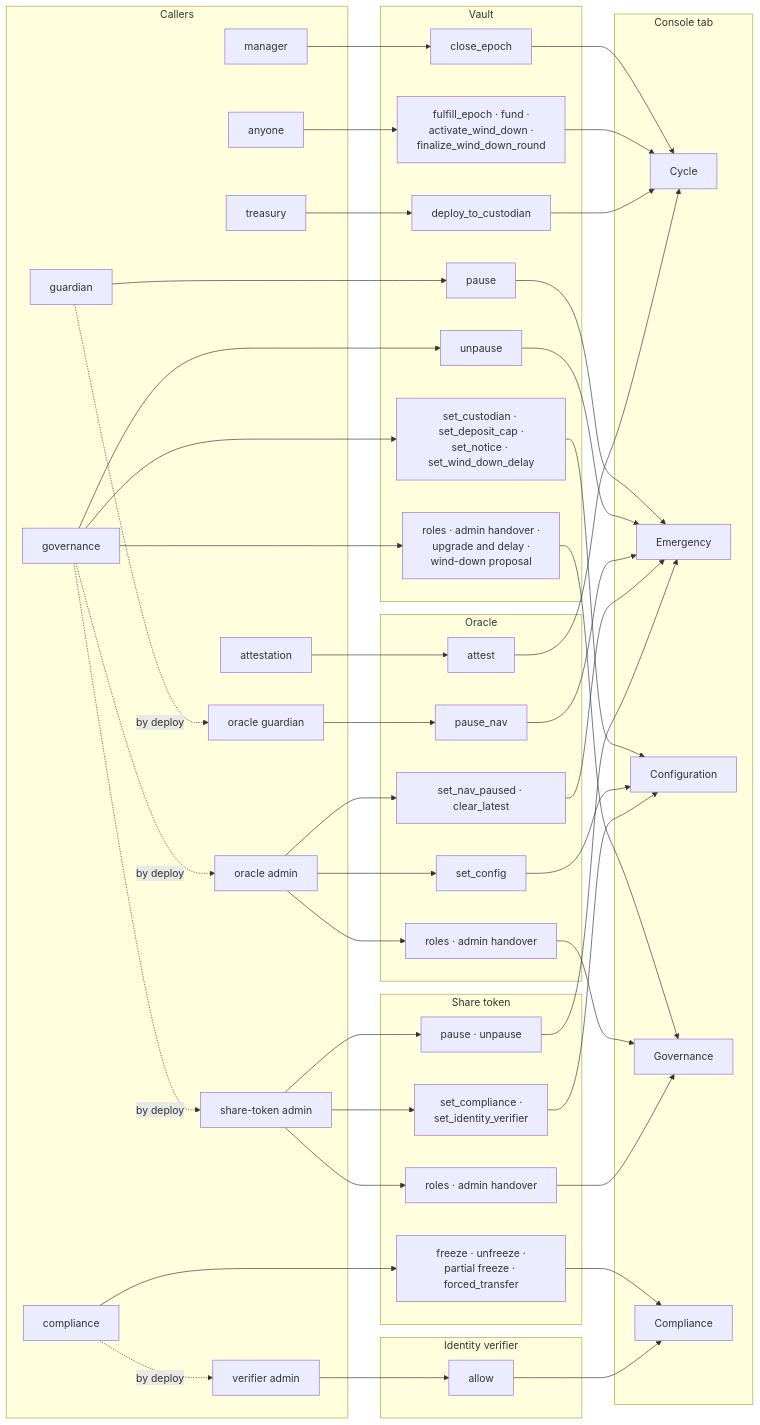
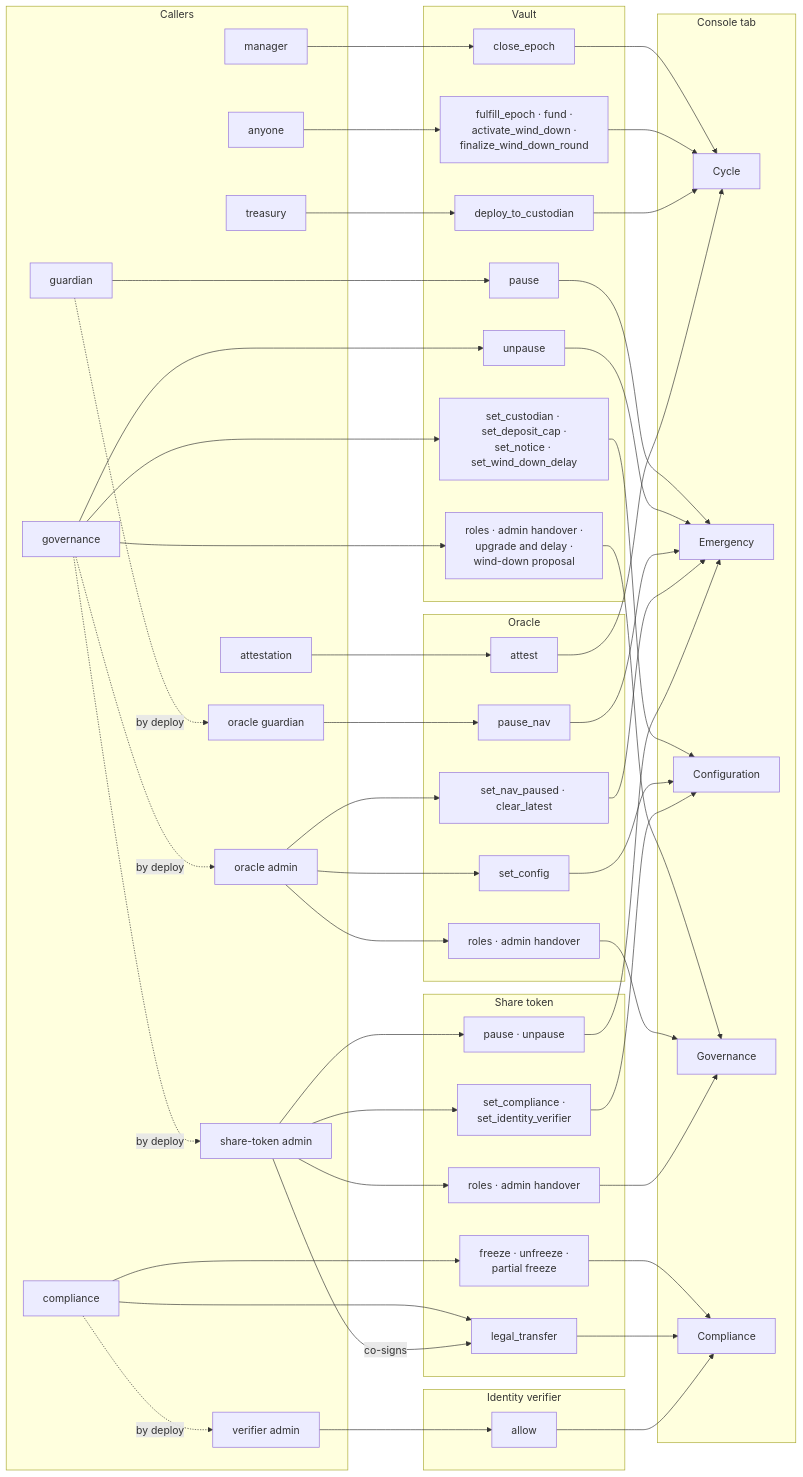
The fifth of 5 diagrams in docs/strata-product-and-architecture.md (BootNodeDev/strata-vault-kit), drawn with Mermaid before and after one commit. The commit also changed other lines of this file and 5 other files, not shown here.

Commit message:
docs: describe the co-signed legal transfer

````diff
--- a/docs/strata-product-and-architecture.md
+++ b/docs/strata-product-and-architecture.md
@@ -502,75 +507,78 @@
 ```mermaid
 flowchart LR
     subgraph AUTH["Callers"]
         GOV[governance]
         MAN[manager]
         TRE[treasury]
         ATT[attestation]
         GRD[guardian]
         CMP[compliance]
         ANY[anyone]
         OADM[oracle admin]
         OGRD[oracle guardian]
         TADM[share-token admin]
         VADM[verifier admin]
     end
 
     subgraph VAULT["Vault"]
         VSEAL[close_epoch]
         VOPEN[fulfill_epoch · fund ·<br/>activate_wind_down ·<br/>finalize_wind_down_round]
         VDEP[deploy_to_custodian]
         VPAUSE[pause]
         VUNP[unpause]
         VSET[set_custodian · set_deposit_cap ·<br/>set_notice · set_wind_down_delay]
         VGOV[roles · admin handover ·<br/>upgrade and delay ·<br/>wind-down proposal]
     end
 
     subgraph ORACLE["Oracle"]
         OATT[attest]
         ORAISE[pause_nav]
         OSET[set_nav_paused · clear_latest]
         OCFG[set_config]
         OGOV[roles · admin handover]
     end
 
     subgraph TOKEN["Share token"]
         TPAUSE[pause · unpause]
         TCFG[set_compliance ·<br/>set_identity_verifier]
         TGOV[roles · admin handover]
-        TCMP[freeze · unfreeze ·<br/>partial freeze · forced_transfer]
+        TCMP[freeze · unfreeze ·<br/>partial freeze]
+        TLEG[legal_transfer]
     end
 
     subgraph VERIFIER["Identity verifier"]
         VALLOW[allow]
     end
 
     subgraph TABS["Console tab"]
         CYC[Cycle]
         EMG[Emergency]
         CFG[Configuration]
         GVN[Governance]
         CPL[Compliance]
     end
 
     MAN --> VSEAL --> CYC
     ANY --> VOPEN --> CYC
     TRE --> VDEP --> CYC
     ATT --> OATT --> CYC
     GRD --> VPAUSE --> EMG
     GOV --> VUNP --> EMG
     OGRD --> ORAISE --> EMG
     OADM --> OSET --> EMG
     TADM --> TPAUSE --> EMG
     GOV --> VSET --> CFG
     OADM --> OCFG --> CFG
     TADM --> TCFG --> CFG
     GOV --> VGOV --> GVN
     OADM --> OGOV --> GVN
     TADM --> TGOV --> GVN
     CMP --> TCMP --> CPL
+    CMP --> TLEG --> CPL
+    TADM -->|co-signs| TLEG
     VADM --> VALLOW --> CPL
     GOV -.->|by deploy| OADM
     GOV -.->|by deploy| TADM
     GRD -.->|by deploy| OGRD
     CMP -.->|by deploy| VADM
 ```
````
